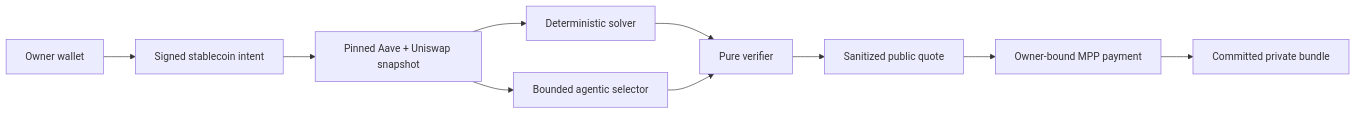
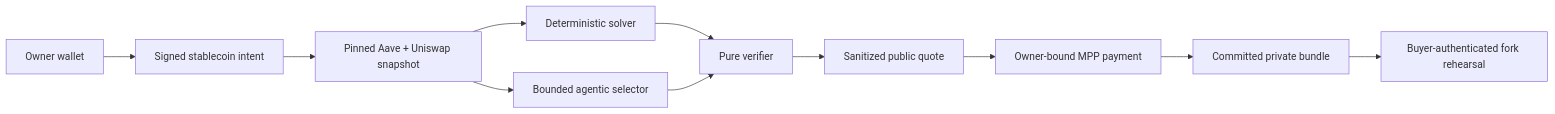
One commit to SebastianBoehler/cobia changed the diagram in README.md. Above: the diagram before and after it, drawn with Mermaid. The commit also changed other lines of this file and 2 other files, not shown here.

Commit message:
docs: document product fork rehearsal

````diff
--- a/README.md
+++ b/README.md
@@ -46,12 +47,13 @@
 ```mermaid
 flowchart LR
     W["Owner wallet"] --> I["Signed stablecoin intent"]
     I --> S["Pinned Aave + Uniswap snapshot"]
     S --> D["Deterministic solver"]
     S --> A["Bounded agentic selector"]
     D --> V["Pure verifier"]
     A --> V
     V --> Q["Sanitized public quote"]
     Q --> P["Owner-bound MPP payment"]
     P --> R["Committed private bundle"]
+    R --> F["Buyer-authenticated fork rehearsal"]
 ```
````
